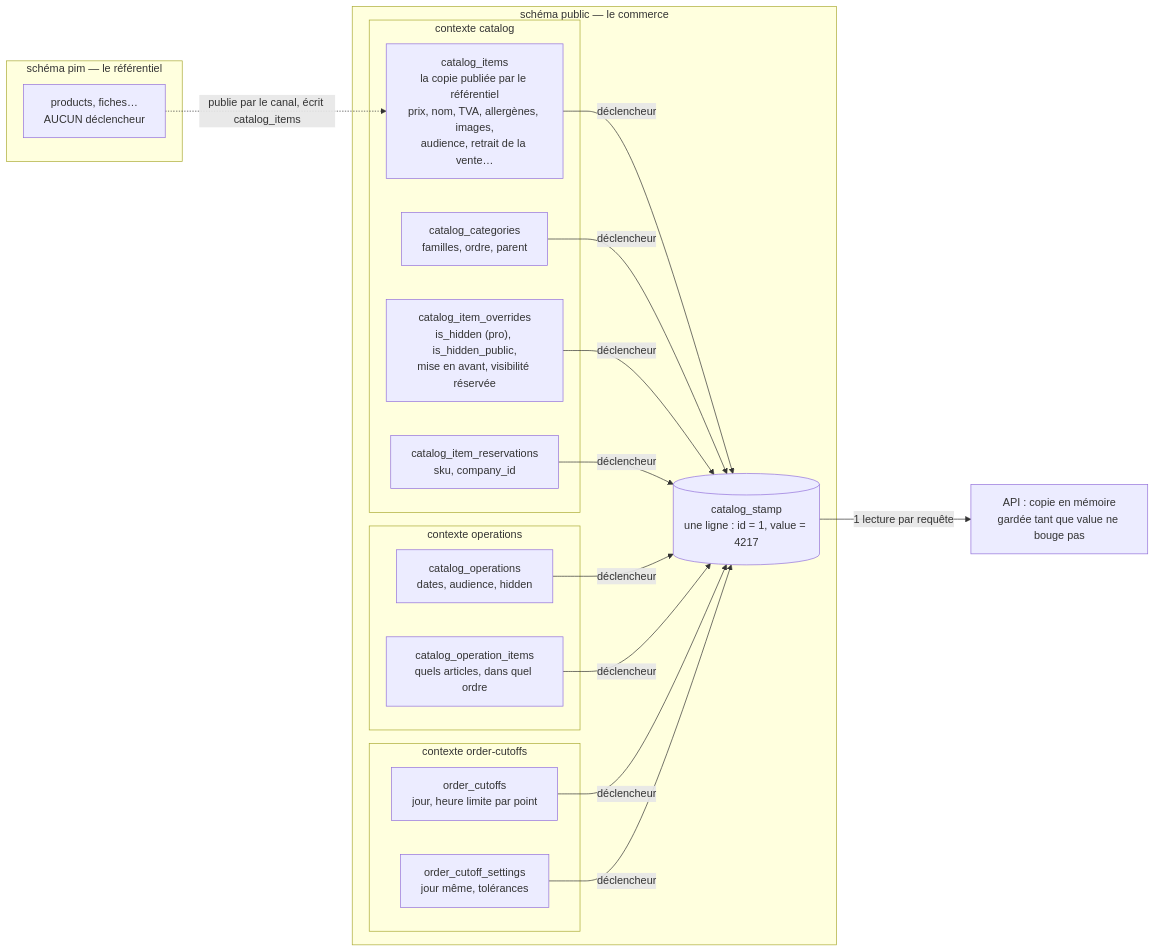
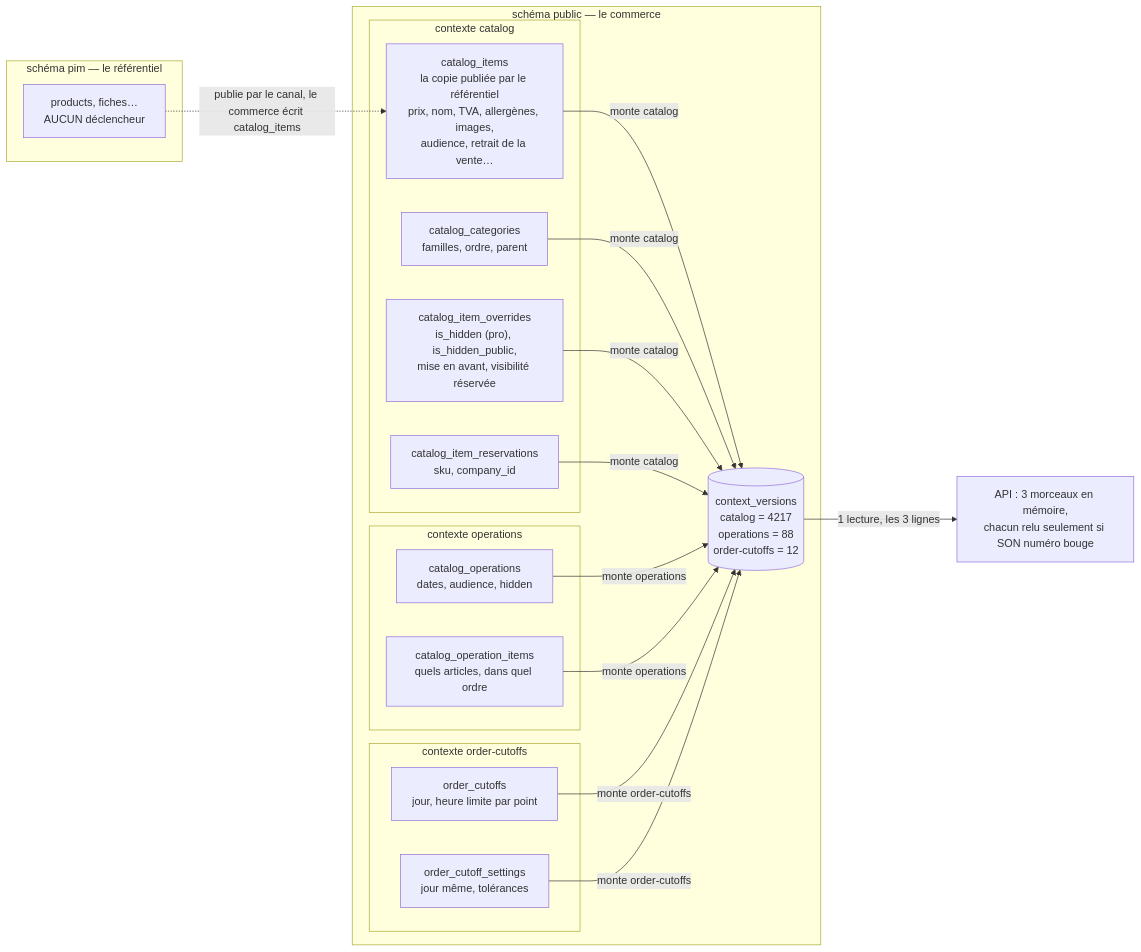
One commit to hugoheynard/lfd changed the second of 2 diagrams in documentation/caching-usage/plan-materiaux-du-catalogue.md. Above: the diagram before and after it, drawn with Mermaid. The commit also changed other lines of this file, not shown here.

First line of the commit message:
docs(cache): un numéro par contexte — catalog, operations, order-cutoffs

````diff
--- a/documentation/caching-usage/plan-materiaux-du-catalogue.md
+++ b/documentation/caching-usage/plan-materiaux-du-catalogue.md
@@ -276,35 +329,35 @@
 ```mermaid
 flowchart LR
   subgraph PIM["schéma pim — le référentiel"]
     P["products, fiches…<br/>AUCUN déclencheur"]
   end
 
   subgraph PUB["schéma public — le commerce"]
     subgraph CAT["contexte catalog"]
       CI["catalog_items<br/>la copie publiée par le référentiel<br/>prix, nom, TVA, allergènes, images,<br/>audience, retrait de la vente…"]
       CC["catalog_categories<br/>familles, ordre, parent"]
       CO["catalog_item_overrides<br/>is_hidden (pro), is_hidden_public,<br/>mise en avant, visibilité réservée"]
       CR["catalog_item_reservations<br/>sku, company_id"]
     end
     subgraph OPS["contexte operations"]
       OP["catalog_operations<br/>dates, audience, hidden"]
       OI["catalog_operation_items<br/>quels articles, dans quel ordre"]
     end
     subgraph CUT["contexte order-cutoffs"]
       OC["order_cutoffs<br/>jour, heure limite par point"]
       OS["order_cutoff_settings<br/>jour même, tolérances"]
     end
-    S[("catalog_stamp<br/>une ligne : id = 1, value = 4217")]
+    V[("context_versions<br/>catalog = 4217<br/>operations = 88<br/>order-cutoffs = 12")]
   end
 
-  P -. "publie par le canal, écrit catalog_items" .-> CI
-  CI -- déclencheur --> S
-  CC -- déclencheur --> S
-  CO -- déclencheur --> S
-  CR -- déclencheur --> S
-  OP -- déclencheur --> S
-  OI -- déclencheur --> S
-  OC -- déclencheur --> S
-  OS -- déclencheur --> S
-  S -- "1 lecture par requête" --> API["API : copie en mémoire<br/>gardée tant que value ne bouge pas"]
+  P -. "publie par le canal, le commerce écrit catalog_items" .-> CI
+  CI -- "monte catalog" --> V
+  CC -- "monte catalog" --> V
+  CO -- "monte catalog" --> V
+  CR -- "monte catalog" --> V
+  OP -- "monte operations" --> V
+  OI -- "monte operations" --> V
+  OC -- "monte order-cutoffs" --> V
+  OS -- "monte order-cutoffs" --> V
+  V -- "1 lecture, les 3 lignes" --> API["API : 3 morceaux en mémoire,<br/>chacun relu seulement si SON numéro bouge"]
 ```
````
